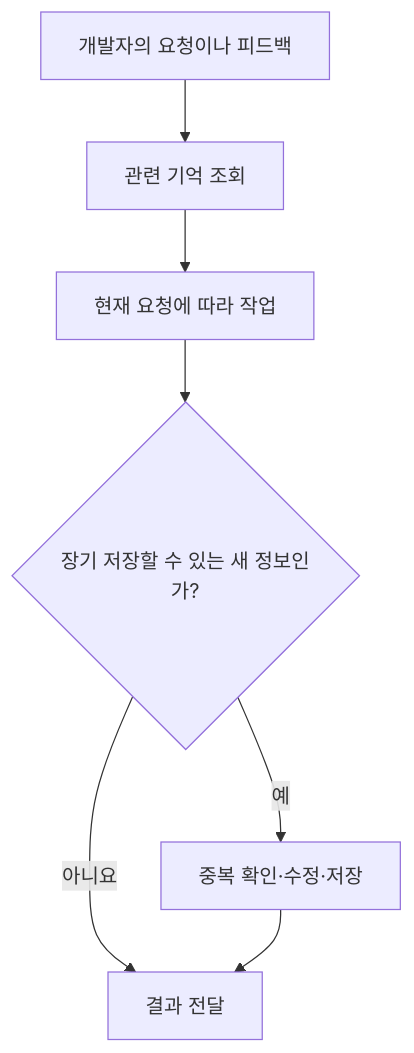
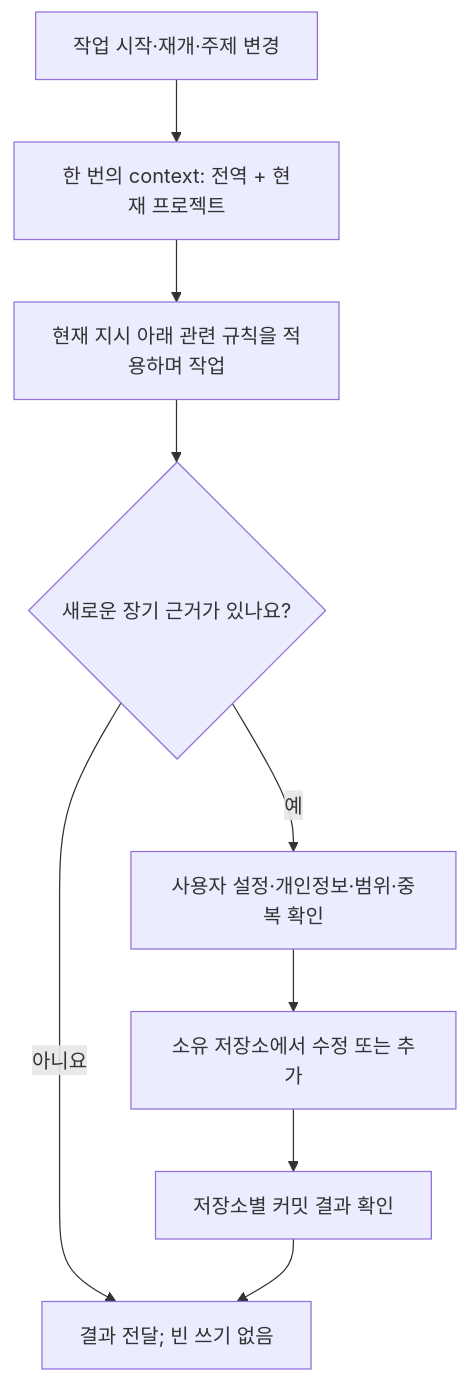
Before and after one commit to chrisstarr7/dev-memory: the second of 3 diagrams in docs/readme/README.ko.md, drawn with Mermaid. The commit also changed other lines of this file and 17 other files, not shown here.

````diff
--- a/docs/readme/README.ko.md
+++ b/docs/readme/README.ko.md
@@ -63,9 +82,11 @@
 ```mermaid
 flowchart TD
-    A["개발자의 요청이나 피드백"] --> B["관련 기억 조회"]
-    B --> C["현재 요청에 따라 작업"]
-    C --> D{"장기 저장할 수 있는 새 정보인가?"}
-    D -- "예" --> E["중복 확인·수정·저장"]
-    D -- "아니요" --> F["결과 전달"]
-    E --> F
+    R["작업 시작·재개·주제 변경"] --> L["한 번의 context: 전역 + 현재 프로젝트"]
+    L --> W["현재 지시 아래 관련 규칙을 적용하며 작업"]
+    W --> E{"새로운 장기 근거가 있나요?"}
+    E -- "아니요" --> F["결과 전달; 빈 쓰기 없음"]
+    E -- "예" --> J["사용자 설정·개인정보·범위·중복 확인"]
+    J --> B["소유 저장소에서 수정 또는 추가"]
+    B --> K["저장소별 커밋 결과 확인"]
+    K --> F
 ```
````
